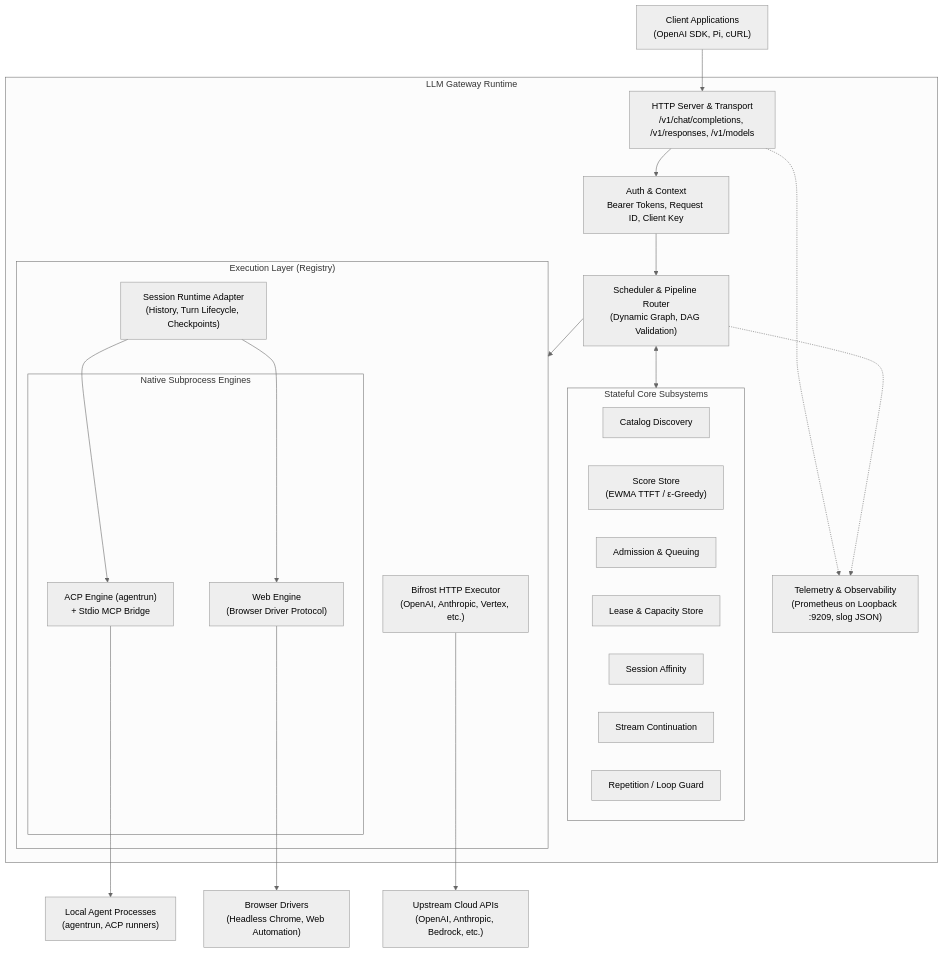
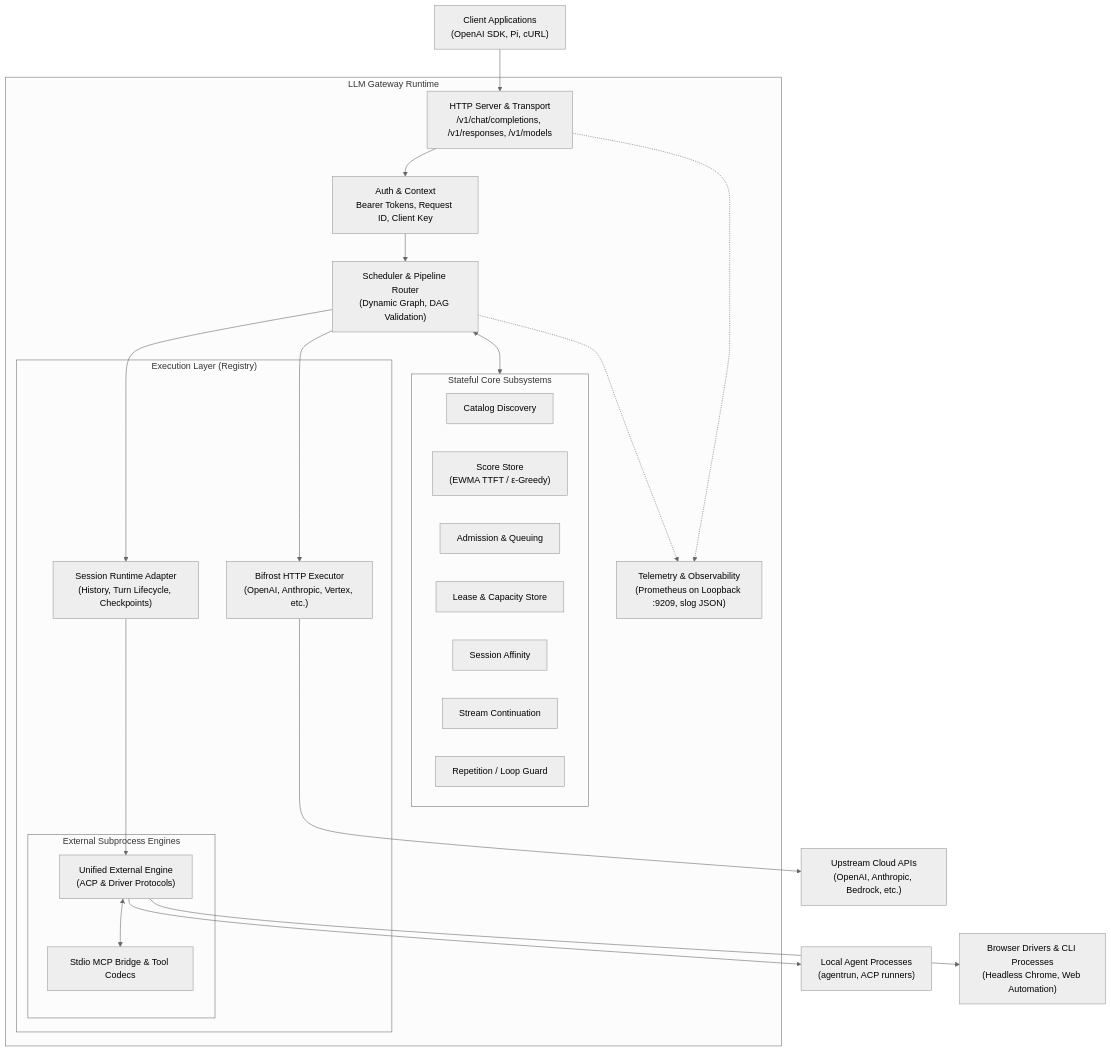
Before and after one commit to mytecor/llm-gateway: the first of 4 diagrams in ARCHITECTURE.md, drawn with Mermaid (neutral theme). The commit also changed other lines of this file and 16 other files, not shown here.

First line of the commit message:
feat: add unified external executor with configurable tool strategies

````diff
--- a/ARCHITECTURE.md
+++ b/ARCHITECTURE.md
@@ -11,52 +11,53 @@
 ```mermaid
 flowchart TD
     Client["Client Applications<br/>(OpenAI SDK, Pi, cURL)"]
     
     subgraph Gateway["LLM Gateway Runtime"]
         Server["HTTP Server & Transport<br/>/v1/chat/completions, /v1/responses, /v1/models"]
         Auth["Auth & Context<br/>Bearer Tokens, Request ID, Client Key"]
         
         Scheduler["Scheduler & Pipeline Router<br/>(Dynamic Graph, DAG Validation)"]
         
         subgraph Subsystems["Stateful Core Subsystems"]
             Catalog["Catalog Discovery"]
             ScoreStore["Score Store<br/>(EWMA TTFT / ε-Greedy)"]
             Admission["Admission & Queuing"]
             Lease["Lease & Capacity Store"]
             Affinity["Session Affinity"]
             Continue["Stream Continuation"]
             Repetition["Repetition / Loop Guard"]
         end
 
         subgraph Executors["Execution Layer (Registry)"]
             BifrostExec["Bifrost HTTP Executor<br/>(OpenAI, Anthropic, Vertex, etc.)"]
             SessionExec["Session Runtime Adapter<br/>(History, Turn Lifecycle, Checkpoints)"]
             
-            subgraph NativeEngines["Native Subprocess Engines"]
-                ACPEngine["ACP Engine (agentrun)<br/>+ Stdio MCP Bridge"]
-                WebEngine["Web Engine<br/>(Browser Driver Protocol)"]
+            subgraph NativeEngines["External Subprocess Engines"]
+                ExternalEngine["Unified External Engine<br/>(ACP & Driver Protocols)"]
+                MCPSystem["Stdio MCP Bridge & Tool Codecs"]
             end
         end
         
         Telemetry["Telemetry & Observability<br/>(Prometheus on Loopback :9209, slog JSON)"]
     end
 
     UpstreamHTTP["Upstream Cloud APIs<br/>(OpenAI, Anthropic, Bedrock, etc.)"]
     SubprocessAgents["Local Agent Processes<br/>(agentrun, ACP runners)"]
-    HeadlessBrowsers["Browser Drivers<br/>(Headless Chrome, Web Automation)"]
+    HeadlessBrowsers["Browser Drivers & CLI Processes<br/>(Headless Chrome, Web Automation)"]
 
     Client --> Server
     Server --> Auth
     Auth --> Scheduler
     Scheduler <--> Subsystems
-    Scheduler --> Executors
+    Scheduler --> BifrostExec
+    Scheduler --> SessionExec
     
     BifrostExec --> UpstreamHTTP
-    SessionExec --> ACPEngine
-    SessionExec --> WebEngine
-    ACPEngine --> SubprocessAgents
-    WebEngine --> HeadlessBrowsers
+    SessionExec --> ExternalEngine
+    ExternalEngine <--> MCPSystem
+    ExternalEngine --> SubprocessAgents
+    ExternalEngine --> HeadlessBrowsers
     
     Server -.-> Telemetry
     Scheduler -.-> Telemetry
 ```
````
